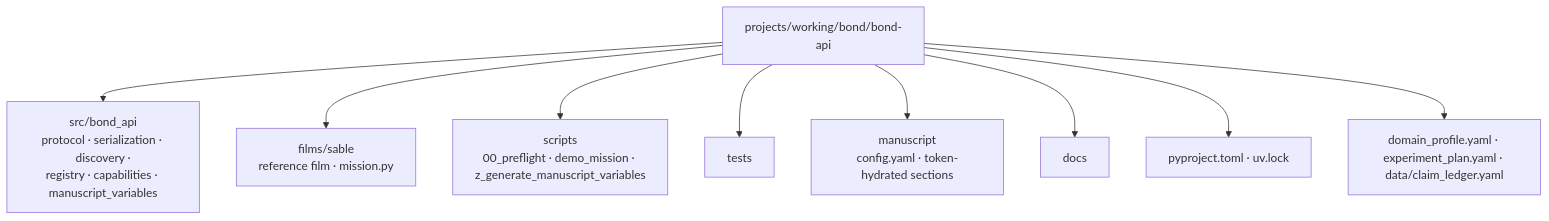
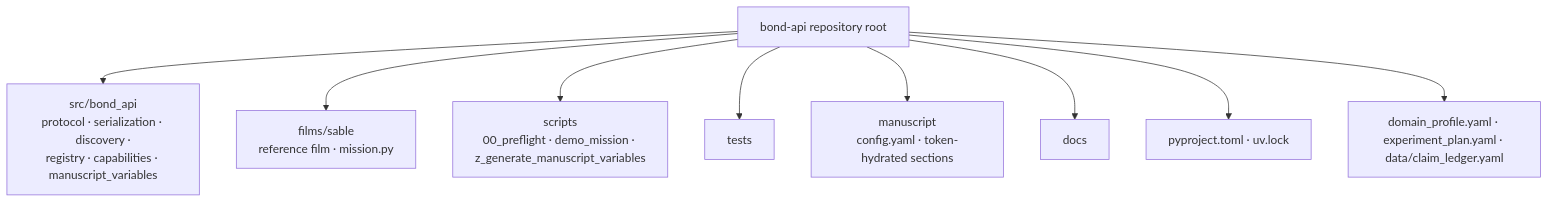
One commit to docxology/bond-api changed the diagram in AGENTS.md. Above: the diagram before and after it, drawn with Mermaid. The commit also changed other lines of this file and 11 other files, not shown here.

````diff
--- a/AGENTS.md
+++ b/AGENTS.md
@@ -60,12 +61,12 @@
 ```mermaid
 flowchart TB
-    P[projects/working/bond/bond-api]
+    P[bond-api repository root]
     P --> SRC[src/bond_api<br/>protocol · serialization · discovery ·<br/>registry · capabilities · manuscript_variables]
     P --> F[films/sable<br/>reference film · mission.py]
     P --> SC[scripts<br/>00_preflight · demo_mission · z_generate_manuscript_variables]
     P --> T[tests]
     P --> M[manuscript<br/>config.yaml · token-hydrated sections]
     P --> D[docs]
     P --> PY[pyproject.toml · uv.lock]
     P --> OV[domain_profile.yaml · experiment_plan.yaml · data/claim_ledger.yaml]
 ```
````
